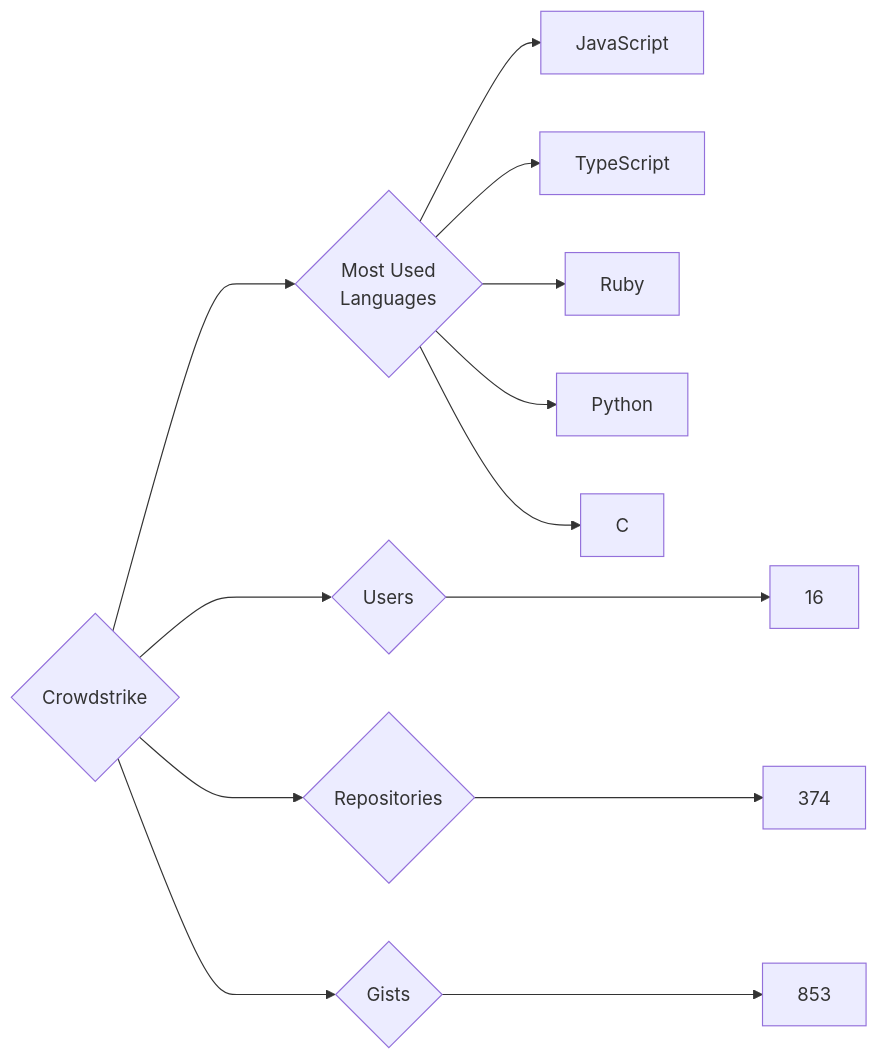
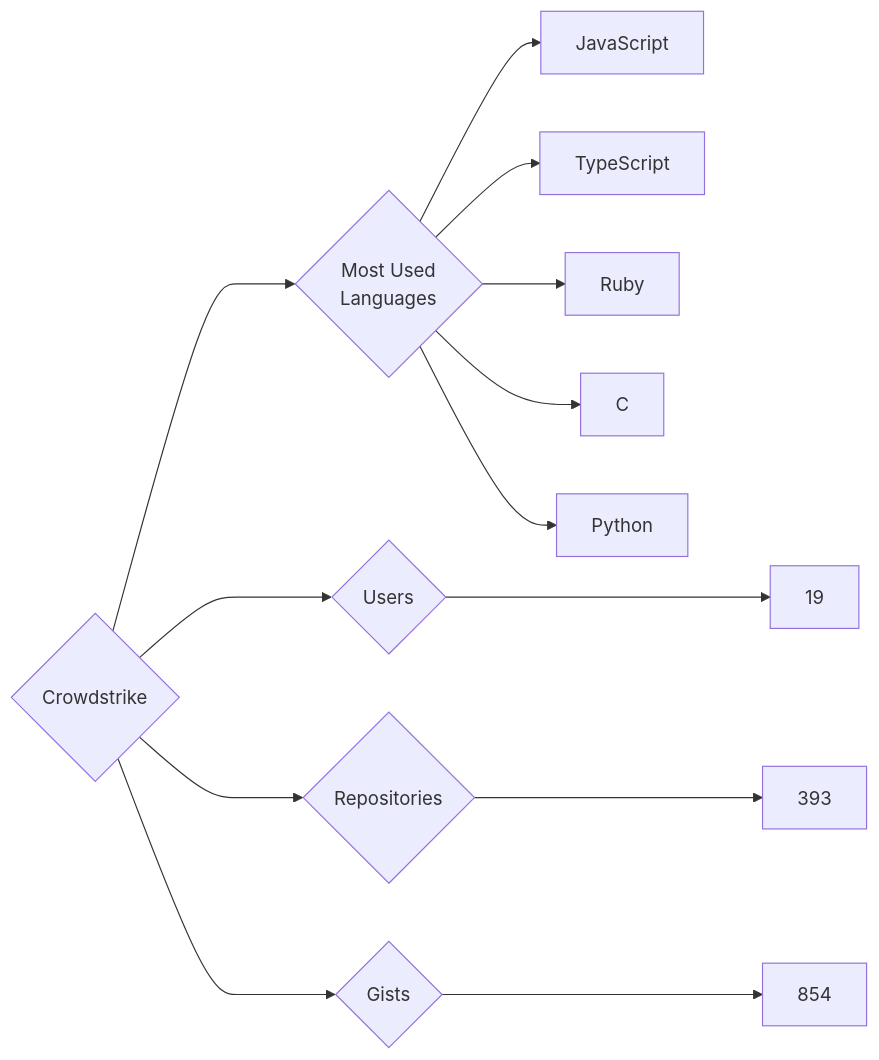
Before and after one commit to trickest/insiders: the diagram in targets/Crowdstrike/README.md, drawn with Mermaid. The commit also changed 1238 other files, not shown here.

````diff
--- a/targets/Crowdstrike/README.md
+++ b/targets/Crowdstrike/README.md
@@ -3,13 +3,13 @@
 ```mermaid
 graph LR
 COMPANY_NAME{Crowdstrike}
-COMPANY_NAME ---> U{Users} ---> UN[16]
-COMPANY_NAME ---> R{Repositories} ---> RN[374]
-COMPANY_NAME ---> G{Gists} ---> GN[853]
+COMPANY_NAME ---> U{Users} ---> UN[19]
+COMPANY_NAME ---> R{Repositories} ---> RN[393]
+COMPANY_NAME ---> G{Gists} ---> GN[854]
 COMPANY_NAME ---> ML{Most Used<br>Languages}
 ML --> JavaScript[JavaScript]
 ML --> TypeScript[TypeScript]
 ML --> Ruby[Ruby]
+ML --> C[C]
 ML --> Python[Python]
-ML --> C[C]
 ```
````
